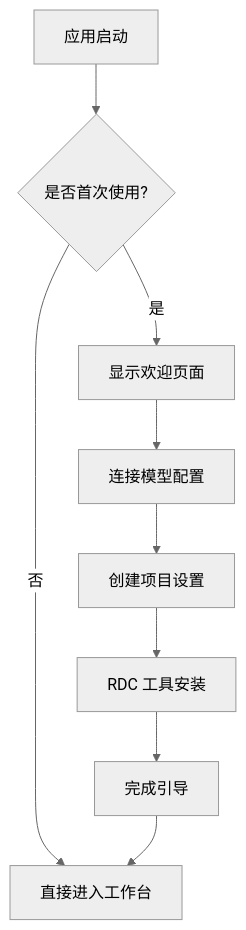
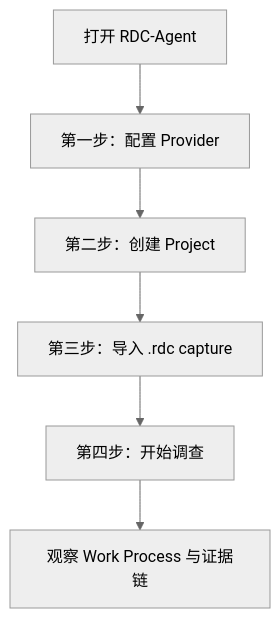
One commit to haolange/RDC-Agent changed the diagram in .qoder/repowiki/zh/content/快速开始.md. Above: the diagram before and after it, drawn with Mermaid (neutral theme). The commit also changed other lines of this file and 356 other files, not shown here.

````diff
--- a/.qoder/repowiki/zh/content/快速开始.md
+++ b/.qoder/repowiki/zh/content/快速开始.md
@@ -119,11 +112,8 @@
 ```mermaid
 flowchart TD
-A["应用启动"] --> B{"是否首次使用?"}
-B --> |是| C["显示欢迎页面"]
-B --> |否| D["直接进入工作台"]
-C --> E["连接模型配置"]
-E --> F["创建项目设置"]
-F --> G["RDC 工具安装"]
-G --> H["完成引导"]
-H --> D
+    Start["打开 RDC-Agent"] --> Step1["第一步：配置 Provider"]
+    Step1 --> Step2["第二步：创建 Project"]
+    Step2 --> Step3["第三步：导入 .rdc capture"]
+    Step3 --> Step4["第四步：开始调查"]
+    Step4 --> End["观察 Work Process 与证据链"]
 ```
````
